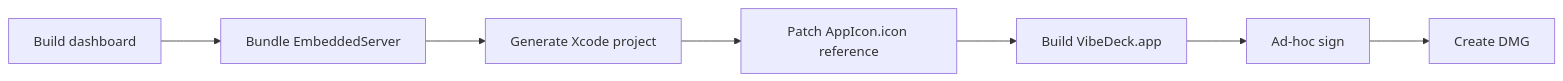
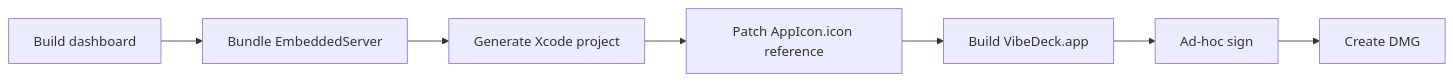
The sixth of 7 diagrams in docs/ARCHITECTURE.md (ivasuy/VibeDeck), drawn with Mermaid before and after one commit. The commit also changed other lines of this file and 21 other files, not shown here.

Commit message:
docs: refresh app architecture and command surface

````diff
--- a/docs/ARCHITECTURE.md
+++ b/docs/ARCHITECTURE.md
@@ -375,10 +323,9 @@
 ```mermaid
-%%{init: {"flowchart": {"nodeSpacing": 48, "rankSpacing": 72, "curve": "basis"}} }%%
 flowchart LR
-  Dashboard["Build dashboard"] --> Bundle["Bundle EmbeddedServer"]
+  BuildDash["Build dashboard"] --> Bundle["Bundle EmbeddedServer"]
   Bundle --> Xcodegen["Generate Xcode project"]
   Xcodegen --> Patch["Patch AppIcon.icon reference"]
-  Patch --> Build["Build VibeDeck.app"]
-  Build --> Sign["Ad-hoc sign"]
+  Patch --> BuildApp["Build VibeDeck.app"]
+  BuildApp --> Sign["Ad-hoc sign"]
   Sign --> DMG["Create DMG"]
 ```
````
